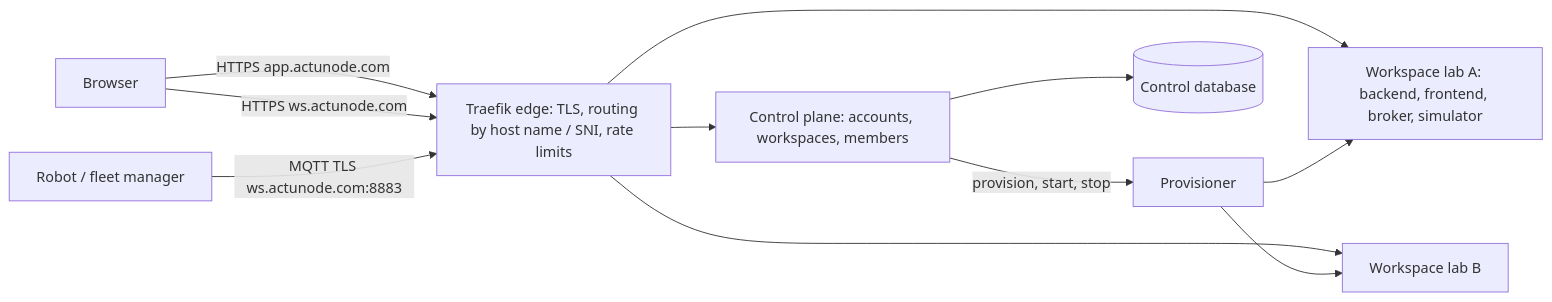
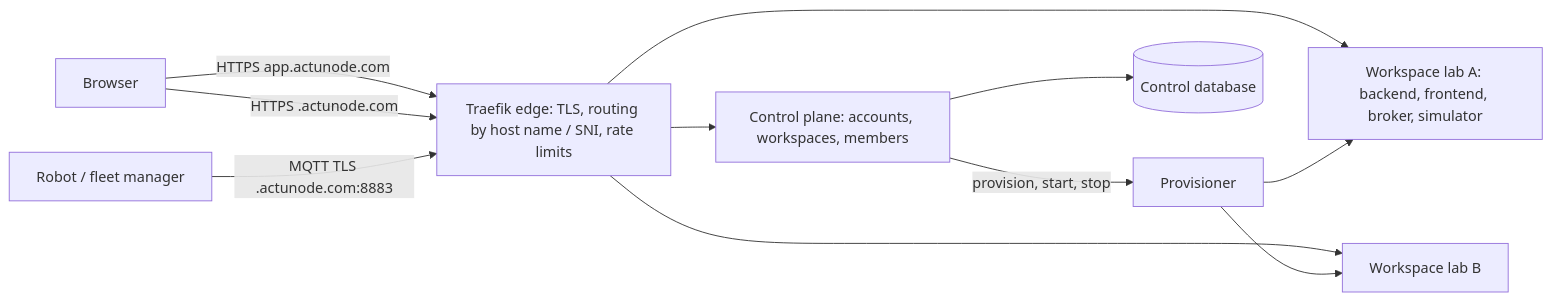
The diagram in docs/HOSTED_SERVICE.md (Bahuncoder/ActuNode), drawn with Mermaid before and after one commit. The commit also changed other lines of this file and 22 other files, not shown here.

````diff
--- a/docs/HOSTED_SERVICE.md
+++ b/docs/HOSTED_SERVICE.md
@@ -12,13 +12,13 @@
 ```mermaid
 flowchart LR
   User[Browser] -->|HTTPS app.actunode.com| Edge
-  User -->|HTTPS ws.actunode.com| Edge
-  Robot[Robot / fleet manager] -->|MQTT TLS ws.actunode.com:8883| Edge
+  User -->|HTTPS <workspace>.actunode.com| Edge
+  Robot[Robot / fleet manager] -->|MQTT TLS <workspace>.actunode.com:8883| Edge
   Edge[Traefik edge: TLS, routing by host name / SNI, rate limits] --> CP[Control plane: accounts, workspaces, members]
   Edge --> L1[Workspace lab A: backend, frontend, broker, simulator]
   Edge --> L2[Workspace lab B]
   CP -->|provision, start, stop| Prov[Provisioner]
   Prov --> L1
   Prov --> L2
   CP --> DB[(Control database)]
 ```
````
